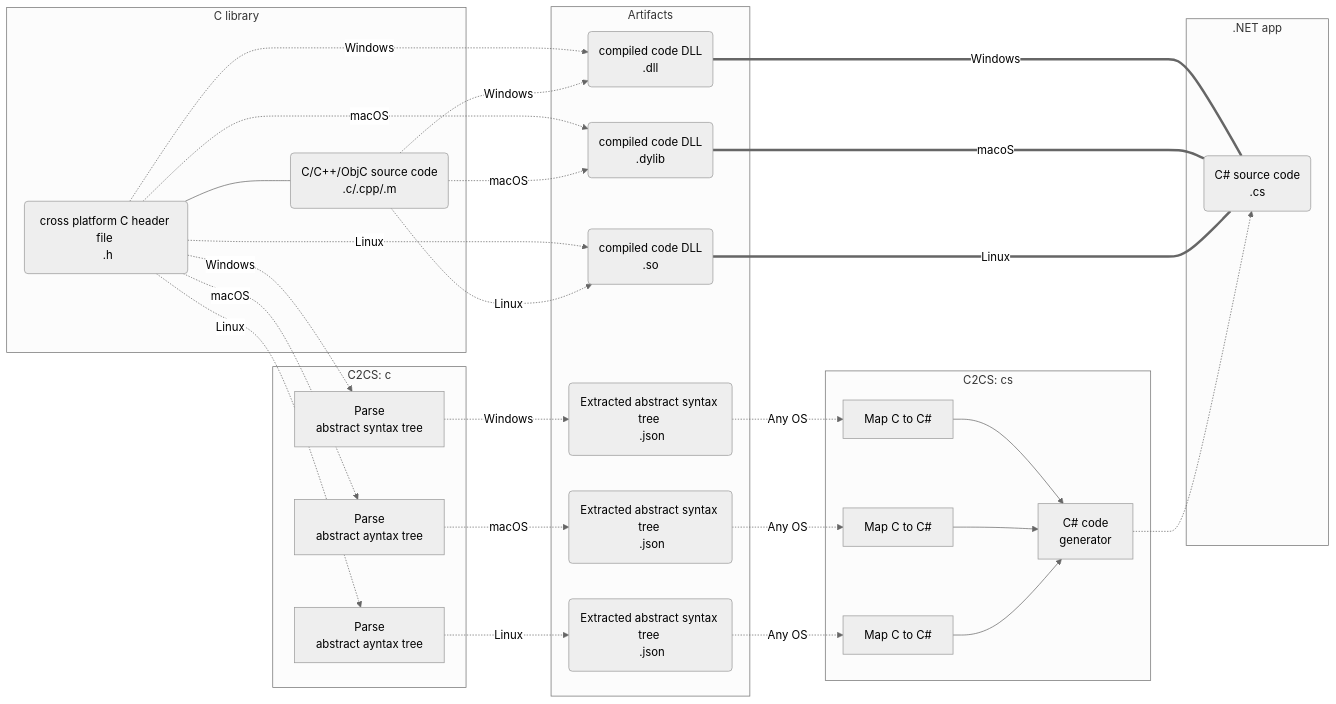
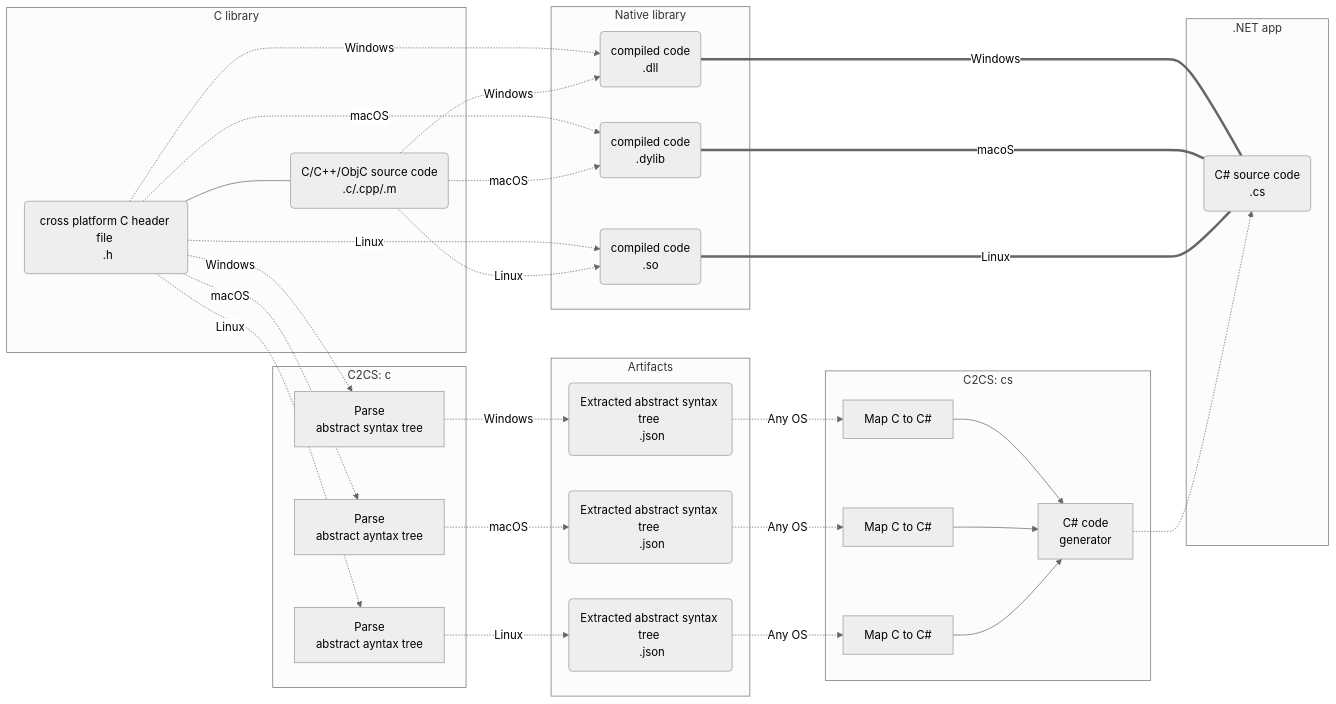
One commit to bottlenoselabs/c2cs changed the diagram in README.md. Above: the diagram before and after it, drawn with Mermaid (neutral theme).

````diff
--- a/README.md
+++ b/README.md
@@ -39,74 +39,78 @@
 ```mermaid
 graph LR
 
     subgraph C library
 
     C_HEADER(cross platform C header file <br> .h)
     C_SOURCE(C/C++/ObjC source code <br> .c/.cpp/.m)
 
     C_HEADER --- C_SOURCE
 
     end
 
     subgraph C2CS: c
 
     C2CS_PARSE_AST_WINDOWS[Parse <br> abstract syntax tree]
     C2CS_PARSE_AST_MACOS[Parse <br> abstract ayntax tree]
     C2CS_PARSE_AST_LINUX[Parse <br> abstract ayntax tree]
 
     C_HEADER -.-> |Windows| C2CS_PARSE_AST_WINDOWS
     C_HEADER -.-> |macOS| C2CS_PARSE_AST_MACOS
     C_HEADER -.-> |Linux| C2CS_PARSE_AST_LINUX
 
     end
 
+    subgraph Native library
+
+    C_COMPILED_WINDOWS(compiled code <br> .dll)
+    C_COMPILED_MACOS(compiled code <br> .dylib)
+    C_COMPILED_LINUX(compiled code <br> .so)
+
+    end
+
     subgraph Artifacts
-
-    C_COMPILED_WINDOWS(compiled code DLL <br> .dll)
-    C_COMPILED_MACOS(compiled code DLL <br> .dylib)
-    C_COMPILED_LINUX(compiled code DLL <br> .so)
     
     C_HEADER -.-> |Windows| C_COMPILED_WINDOWS
     C_SOURCE -.-> |Windows| C_COMPILED_WINDOWS
 
     C_HEADER -.-> |macOS| C_COMPILED_MACOS
     C_SOURCE -.-> |macOS| C_COMPILED_MACOS
 
     C_HEADER -.-> |Linux| C_COMPILED_LINUX
     C_SOURCE -.-> |Linux| C_COMPILED_LINUX
 
     JSON_AST_WINDOWS(Extracted abstract syntax tree <br> .json)
     JSON_AST_MACOS(Extracted abstract syntax tree <br> .json)
     JSON_AST_LINUX(Extracted abstract syntax tree <br> .json)
 
     C2CS_PARSE_AST_WINDOWS -.-> |Windows| JSON_AST_WINDOWS
     C2CS_PARSE_AST_MACOS -.-> |macOS| JSON_AST_MACOS
     C2CS_PARSE_AST_LINUX -.-> |Linux| JSON_AST_LINUX
 
     end
 
     subgraph C2CS: cs
 
     CS_MAP_WINDOWS[Map C to C#]
     CS_MAP_MACOS[Map C to C#]
     CS_MAP_LINUX[Map C to C#]
 
     JSON_AST_WINDOWS -.-> |Any OS| CS_MAP_WINDOWS
     JSON_AST_MACOS -.-> |Any OS| CS_MAP_MACOS
     JSON_AST_LINUX -.-> |Any OS| CS_MAP_LINUX
 
     CS_MAP_WINDOWS --> CS_CODE_GENERATOR[C# code <br> generator]
     CS_MAP_MACOS --> CS_CODE_GENERATOR
     CS_MAP_LINUX --> CS_CODE_GENERATOR
 
     end
 
     subgraph .NET app
 
     C_COMPILED_WINDOWS === |Windows| CS_SOURCE
     C_COMPILED_MACOS === |macoS| CS_SOURCE
     C_COMPILED_LINUX === |Linux| CS_SOURCE
     CS_CODE_GENERATOR -.-> CS_SOURCE(C# source code <br> .cs)
 
     end
 ```
````
